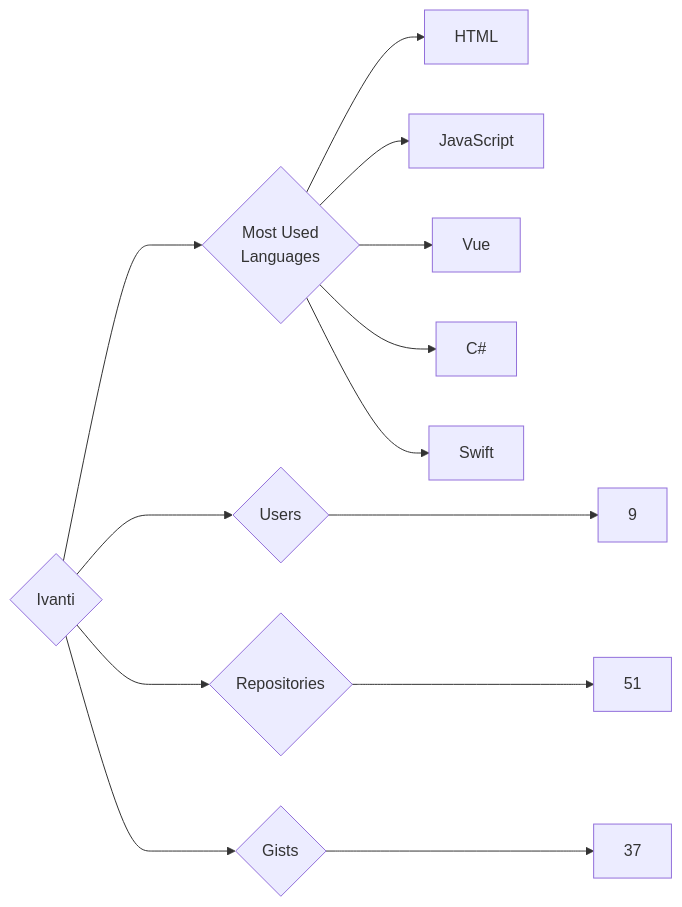
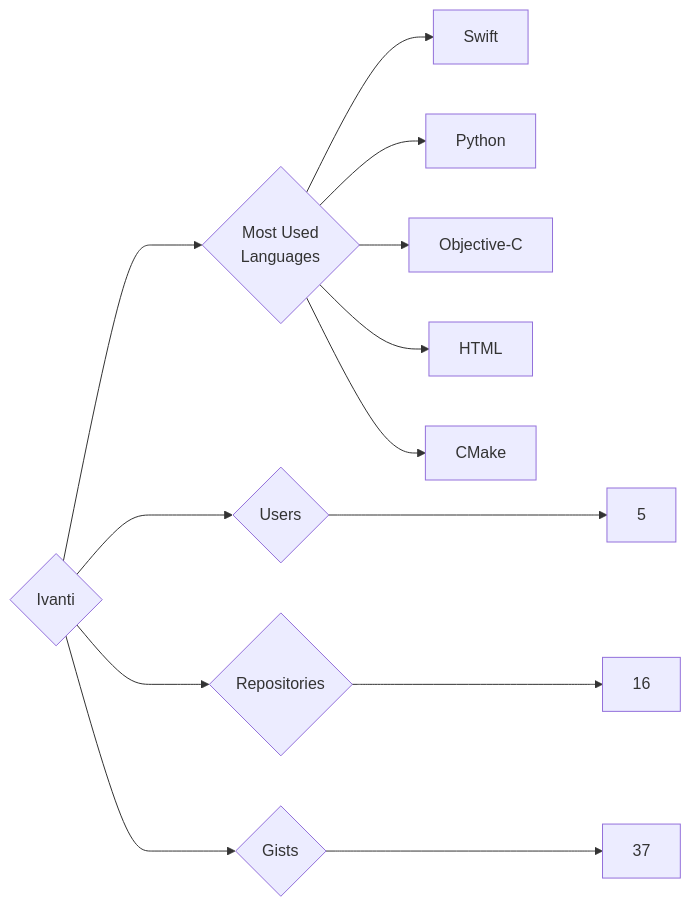
One commit to trickest/insiders changed the diagram in targets/Ivanti/README.md. Above: the diagram before and after it, drawn with Mermaid. The commit also changed 640 other files, not shown here.

````diff
--- a/targets/Ivanti/README.md
+++ b/targets/Ivanti/README.md
@@ -3,13 +3,13 @@
 ```mermaid
 graph LR
 COMPANY_NAME{Ivanti}
-COMPANY_NAME ---> U{Users} ---> UN[9]
-COMPANY_NAME ---> R{Repositories} ---> RN[51]
+COMPANY_NAME ---> U{Users} ---> UN[5]
+COMPANY_NAME ---> R{Repositories} ---> RN[16]
 COMPANY_NAME ---> G{Gists} ---> GN[37]
 COMPANY_NAME ---> ML{Most Used<br>Languages}
+ML --> Swift[Swift]
+ML --> Python[Python]
+ML --> Objective-C[Objective-C]
 ML --> HTML[HTML]
-ML --> JavaScript[JavaScript]
-ML --> Vue[Vue]
-ML --> C#[C#]
-ML --> Swift[Swift]
+ML --> CMake[CMake]
 ```
````
